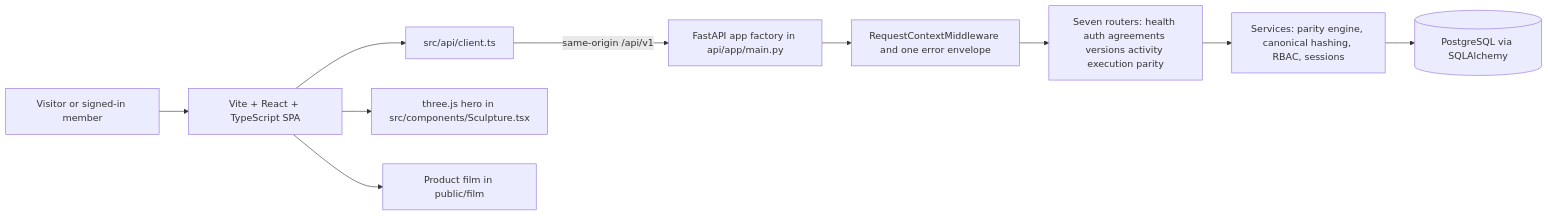
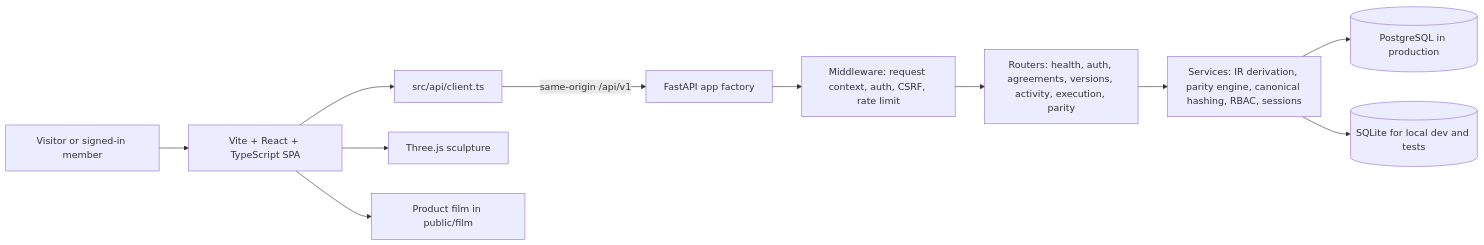
Before and after one commit to the-nidhi-bhat/LEXORA-LegalX: the first of 5 diagrams in README.md, drawn with Mermaid. The commit also changed other lines of this file and 13 other files, not shown here.

````diff
--- a/README.md
+++ b/README.md
@@ -88,12 +175,13 @@
 ```mermaid
 flowchart LR
     U[Visitor or signed-in member] --> W[Vite + React + TypeScript SPA]
     W --> C[src/api/client.ts]
-    C -->|same-origin /api/v1| A[FastAPI app factory in api/app/main.py]
-    A --> M[RequestContextMiddleware and one error envelope]
-    M --> R[Seven routers: health auth agreements versions activity execution parity]
-    R --> S[Services: parity engine, canonical hashing, RBAC, sessions]
-    S --> D[(PostgreSQL via SQLAlchemy)]
-    W --> T[three.js hero in src/components/Sculpture.tsx]
+    C -->|same-origin /api/v1| A[FastAPI app factory]
+    A --> M[Middleware: request context, auth, CSRF, rate limit]
+    M --> R[Routers: health, auth, agreements, versions, activity, execution, parity]
+    R --> S[Services: IR derivation, parity engine, canonical hashing, RBAC, sessions]
+    S --> D[(PostgreSQL in production)]
+    S --> L[(SQLite for local dev and tests)]
+    W --> T[Three.js sculpture]
     W --> F[Product film in public/film]
 ```
````
